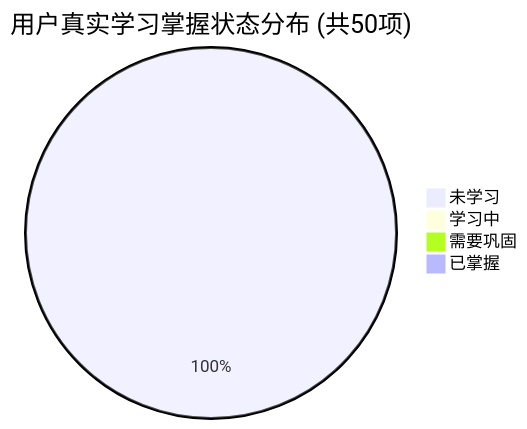
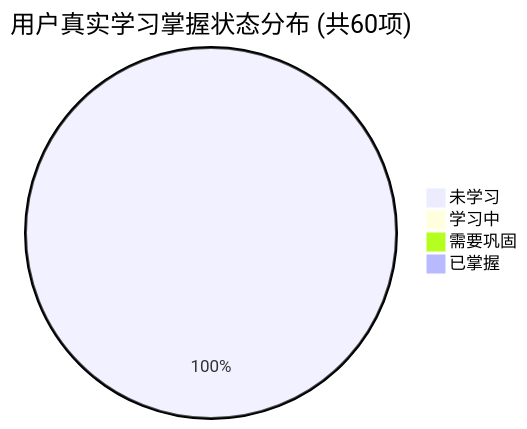
The first of 2 diagrams in PROGRESS.md (tieke1121/tech-interview-knowledge-base), drawn with Mermaid before and after one commit. The commit also changed other lines of this file and 16 other files, not shown here.

````diff
--- a/PROGRESS.md
+++ b/PROGRESS.md
@@ -26,7 +27,7 @@
 ```mermaid
-pie title 用户真实学习掌握状态分布 (共50项)
-    "未学习" : 50
+pie title 用户真实学习掌握状态分布 (共60项)
+    "未学习" : 60
     "学习中" : 0
     "需要巩固" : 0
     "已掌握" : 0
 ```
````
